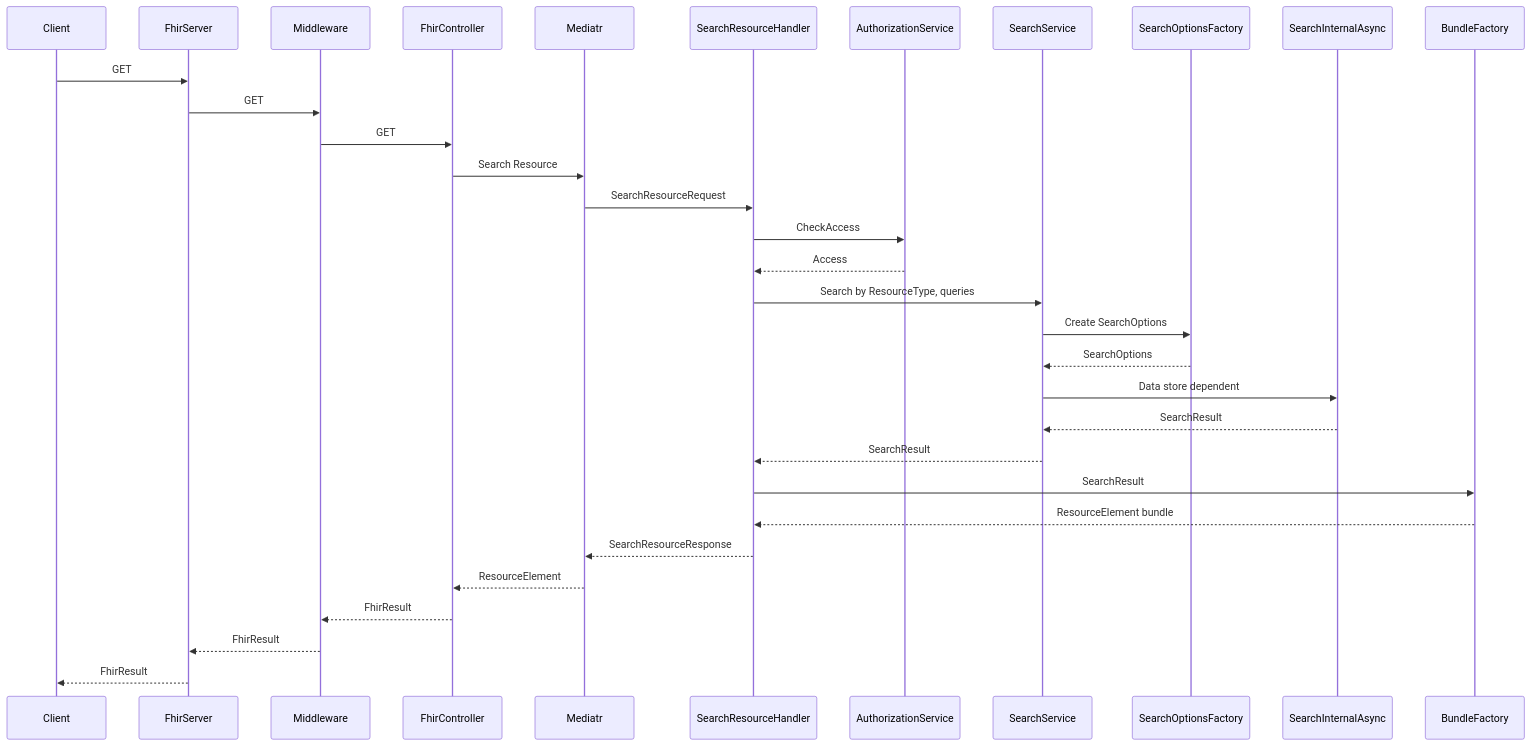
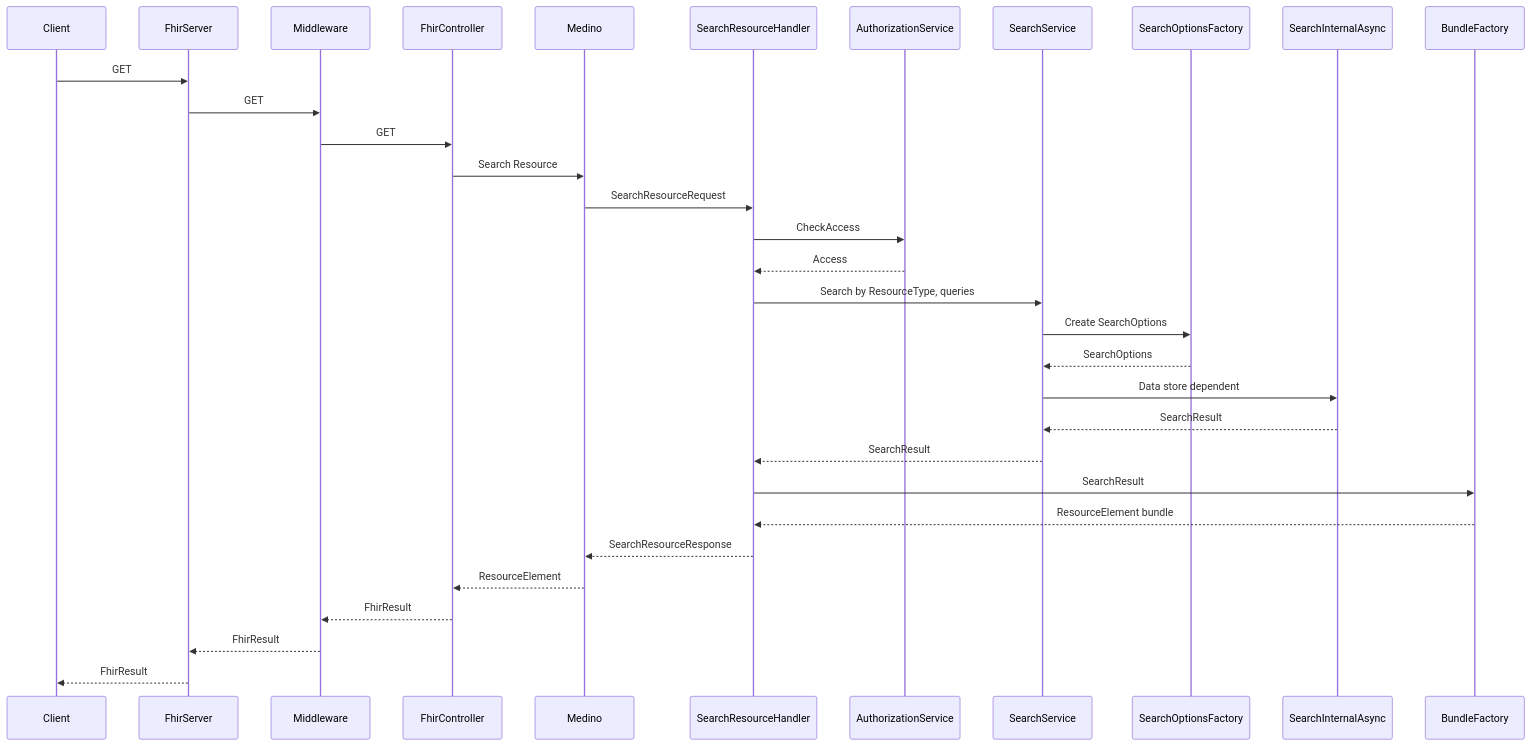
The diagram in docs/flow diagrams/search-api.md (microsoft/fhir-server), drawn with Mermaid before and after one commit. The commit also changed 33 other files, not shown here.

````diff
--- a/docs/flow diagrams/search-api.md
+++ b/docs/flow diagrams/search-api.md
@@ -1,23 +1,23 @@
 ```mermaid
 sequenceDiagram
     Client->>FhirServer: GET
     FhirServer->>Middleware: GET
     Middleware->>FhirController: GET
-    FhirController->>Mediatr: Search Resource
-    Mediatr->>SearchResourceHandler: SearchResourceRequest
+    FhirController->>Medino: Search Resource
+    Medino->>SearchResourceHandler: SearchResourceRequest
     SearchResourceHandler->>AuthorizationService: CheckAccess
     AuthorizationService-->>SearchResourceHandler: Access
     SearchResourceHandler->>SearchService: Search by ResourceType, queries
     SearchService->>SearchOptionsFactory: Create SearchOptions
     SearchOptionsFactory-->>SearchService: SearchOptions
     SearchService->>SearchInternalAsync: Data store dependent
     SearchInternalAsync-->>SearchService: SearchResult
     SearchService-->>SearchResourceHandler: SearchResult
     SearchResourceHandler->>BundleFactory: SearchResult
     BundleFactory-->>SearchResourceHandler: ResourceElement bundle
-    SearchResourceHandler-->>Mediatr: SearchResourceResponse
-    Mediatr-->>FhirController: ResourceElement
+    SearchResourceHandler-->>Medino: SearchResourceResponse
+    Medino-->>FhirController: ResourceElement
     FhirController-->>Middleware: FhirResult
     Middleware-->>FhirServer: FhirResult
     FhirServer-->>Client: FhirResult
 ```
````
